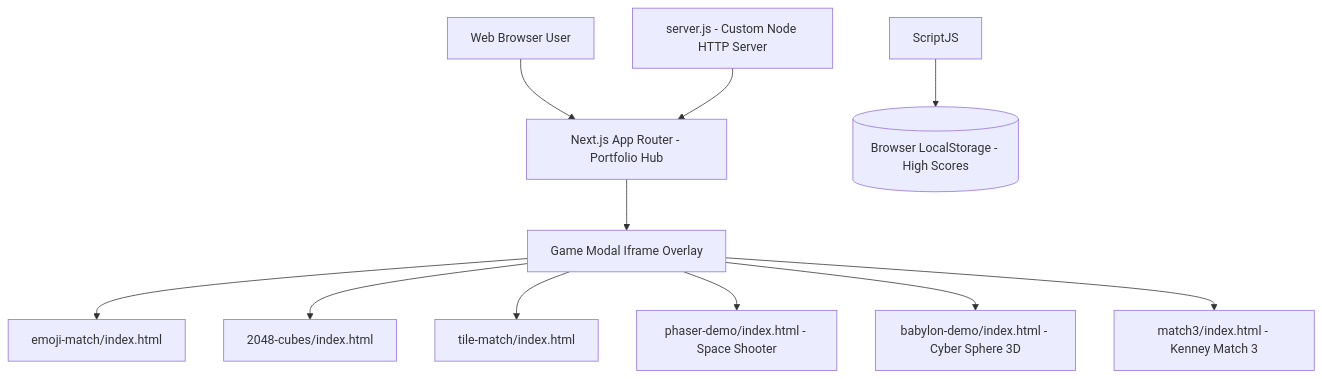
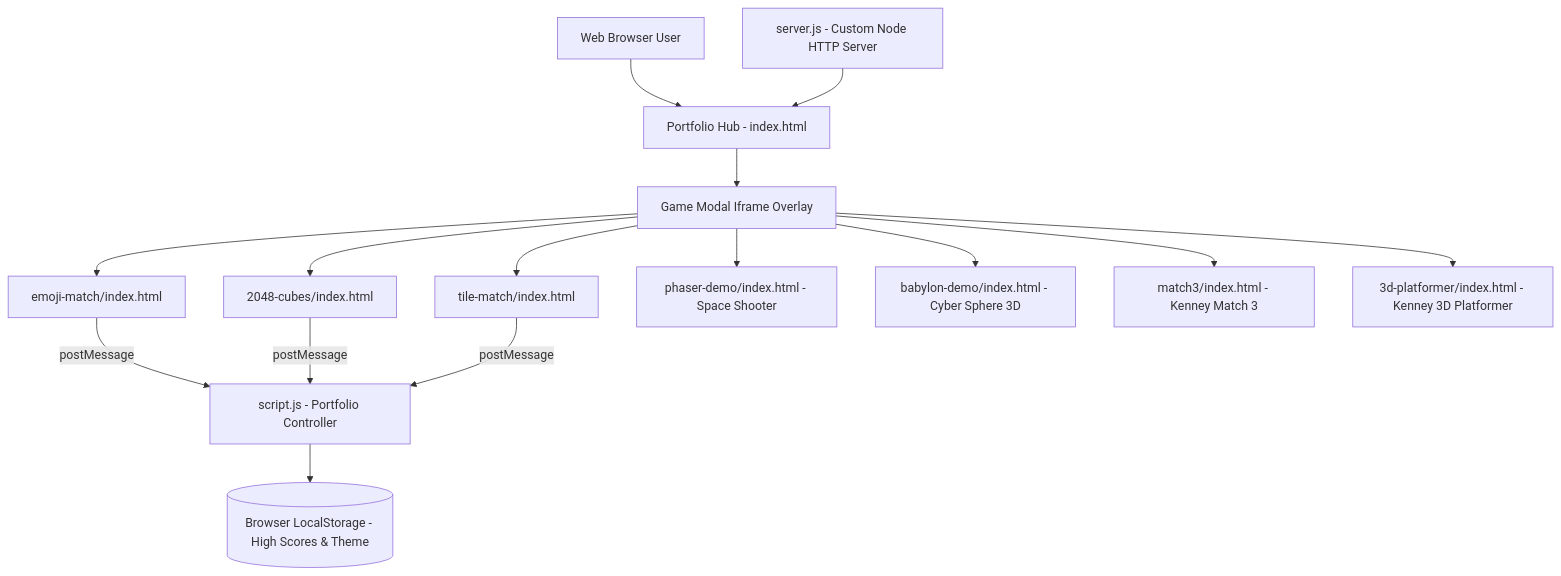
Before and after one commit to nopponaim603/webJS: the diagram in docs/gdd/00-concept.md, drawn with Mermaid. The commit also changed other lines of this file and 41 other files, not shown here.

````diff
--- a/docs/gdd/00-concept.md
+++ b/docs/gdd/00-concept.md
@@ -46,14 +48,18 @@
 ```mermaid
 graph TD
-    User[Web Browser User] --> IndexHTML[Next.js App Router - Portfolio Hub]
-    IndexHTML --> Modal[Game Modal Iframe Overlay]
-    Modal --> G1[emoji-match/index.html]
-    Modal --> G2[2048-cubes/index.html]
-    Modal --> G3[tile-match/index.html]
-    Modal --> G4[phaser-demo/index.html - Space Shooter]
-    Modal --> G5[babylon-demo/index.html - Cyber Sphere 3D]
-    Modal --> G6[match3/index.html - Kenney Match 3]
+    User["Web Browser User"] --> IndexHTML["Portfolio Hub - index.html"]
+    IndexHTML --> Modal["Game Modal Iframe Overlay"]
+    Modal --> G1["emoji-match/index.html"]
+    Modal --> G2["2048-cubes/index.html"]
+    Modal --> G3["tile-match/index.html"]
+    Modal --> G4["phaser-demo/index.html - Space Shooter"]
+    Modal --> G5["babylon-demo/index.html - Cyber Sphere 3D"]
+    Modal --> G6["match3/index.html - Kenney Match 3"]
+    Modal --> G7["3d-platformer/index.html - Kenney 3D Platformer"]
     
-    ScriptJS --> LocalStorage[(Browser LocalStorage - High Scores)]
-    NodeServer[server.js - Custom Node HTTP Server] --> IndexHTML
+    G1 -- postMessage --> ScriptJS["script.js - Portfolio Controller"]
+    G2 -- postMessage --> ScriptJS
+    G3 -- postMessage --> ScriptJS
+    ScriptJS --> LocalStorage[("Browser LocalStorage - High Scores & Theme")]
+    NodeServer["server.js - Custom Node HTTP Server"] --> IndexHTML
 ```
````
